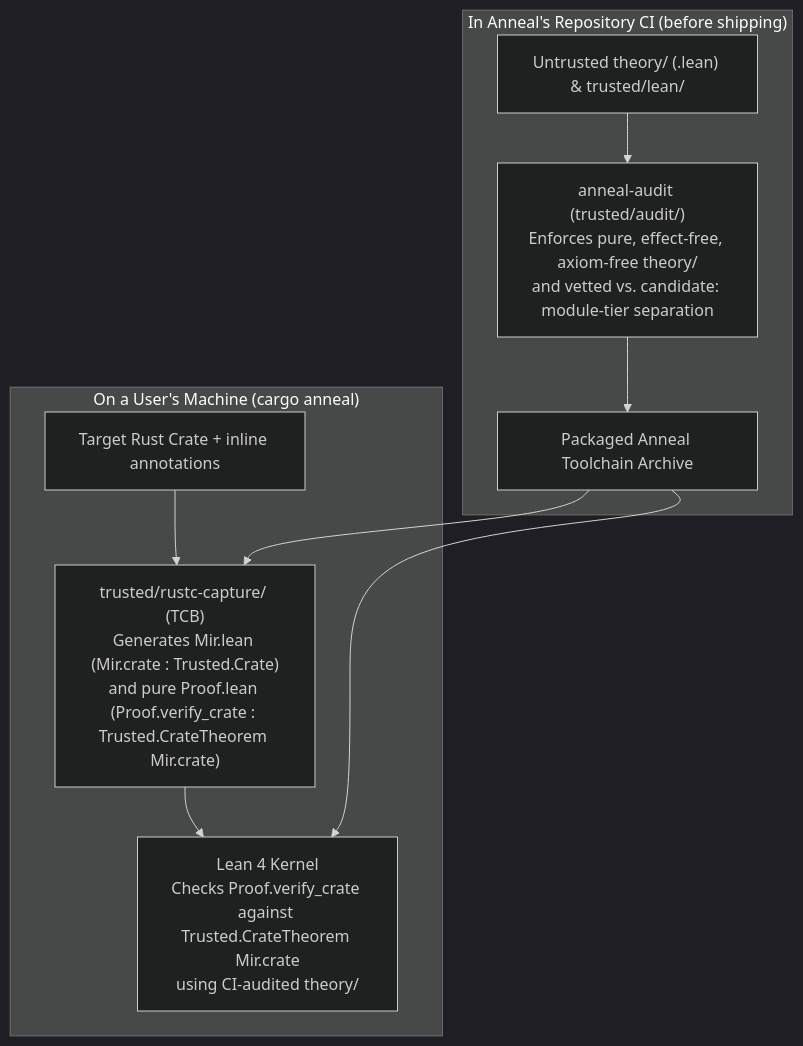
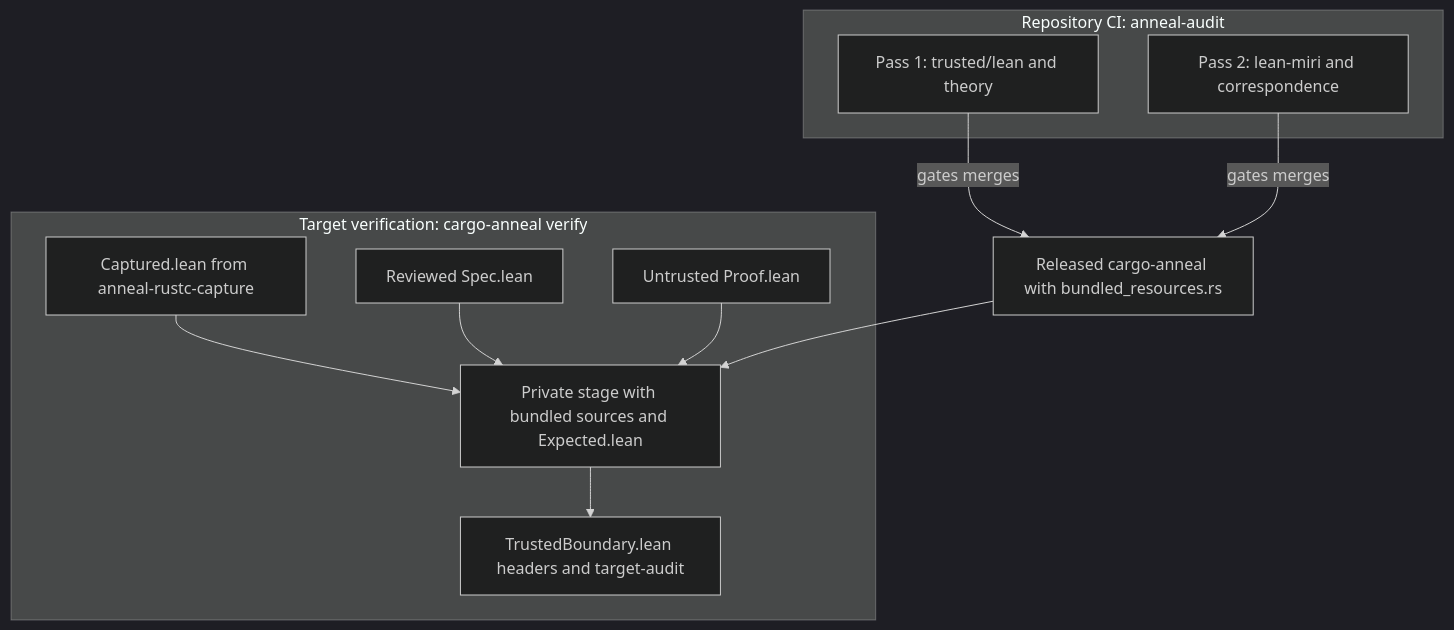
One commit to joshlf/anneal changed the diagram in docs/trust-model.md. Above: the diagram before and after it, drawn with Mermaid (dark theme). The commit also changed other lines of this file and 68 other files, not shown here.

````diff
--- a/docs/trust-model.md
+++ b/docs/trust-model.md
@@ -64,13 +58,23 @@
 ```mermaid
 flowchart TD
-    subgraph RepoCI ["In Anneal's Repository CI (before shipping)"]
-        THEORY["Untrusted theory/ (.lean) & trusted/lean/"] --> AUDIT["anneal-audit (trusted/audit/)\nEnforces pure, effect-free, axiom-free theory/\nand vetted vs. candidate:<feature> module-tier separation"]
-        AUDIT --> ARCHIVE["Packaged Anneal Toolchain Archive"]
+    subgraph RepoCI ["Repository CI: anneal-audit"]
+        PASS1["Pass 1: trusted/lean and theory"]
+        PASS2["Pass 2: lean-miri and correspondence"]
     end
+    SHIPPED["Released cargo-anneal with bundled_resources.rs"]
+    PASS1 -->|"gates merges"| SHIPPED
+    PASS2 -->|"gates merges"| SHIPPED
 
-    subgraph UserMachine ["On a User's Machine (cargo anneal)"]
-        CRATE["Target Rust Crate + inline annotations"] --> CAPTURE["trusted/rustc-capture/ (TCB)\nGenerates Mir.lean (Mir.crate : Trusted.Crate)\nand pure Proof.lean (Proof.verify_crate : Trusted.CrateTheorem Mir.crate)"]
-        CAPTURE --> KERNEL["Lean 4 Kernel\nChecks Proof.verify_crate against Trusted.CrateTheorem Mir.crate\nusing CI-audited theory/"]
-        ARCHIVE --> CAPTURE & KERNEL
+    subgraph TargetVerify ["Target verification: cargo-anneal verify"]
+        CAPTURE["Captured.lean from anneal-rustc-capture"]
+        SPEC["Reviewed Spec.lean"]
+        PROOF["Untrusted Proof.lean"]
+        STAGE["Private stage with bundled sources and Expected.lean"]
+        AUDIT["TrustedBoundary.lean headers and target-audit"]
+        CAPTURE --> STAGE
+        SPEC --> STAGE
+        PROOF --> STAGE
+        STAGE --> AUDIT
     end
+    SHIPPED --> STAGE
 ```
````
